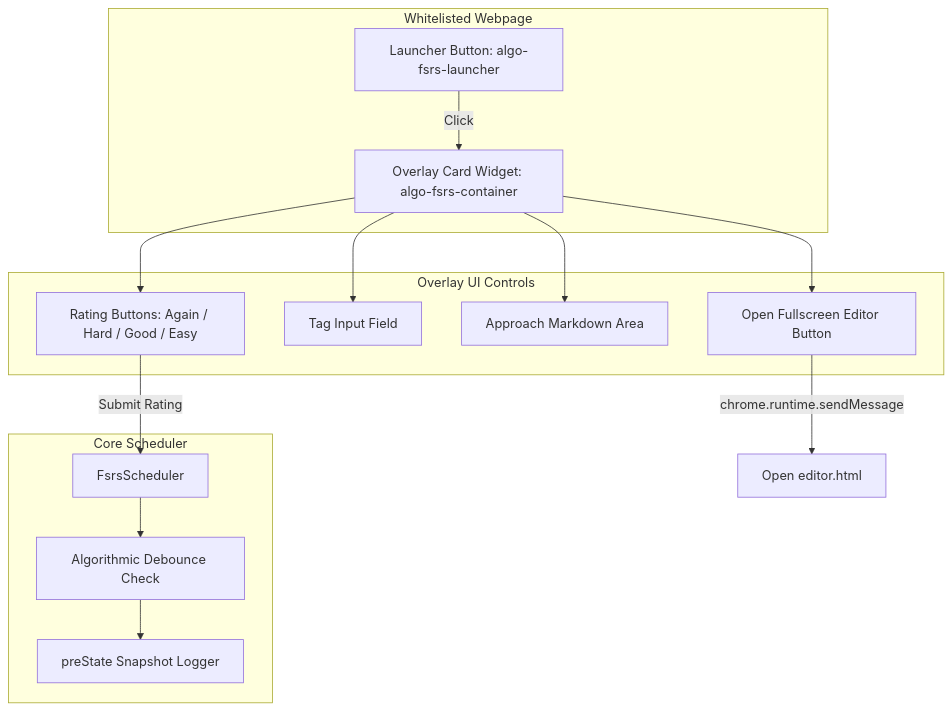
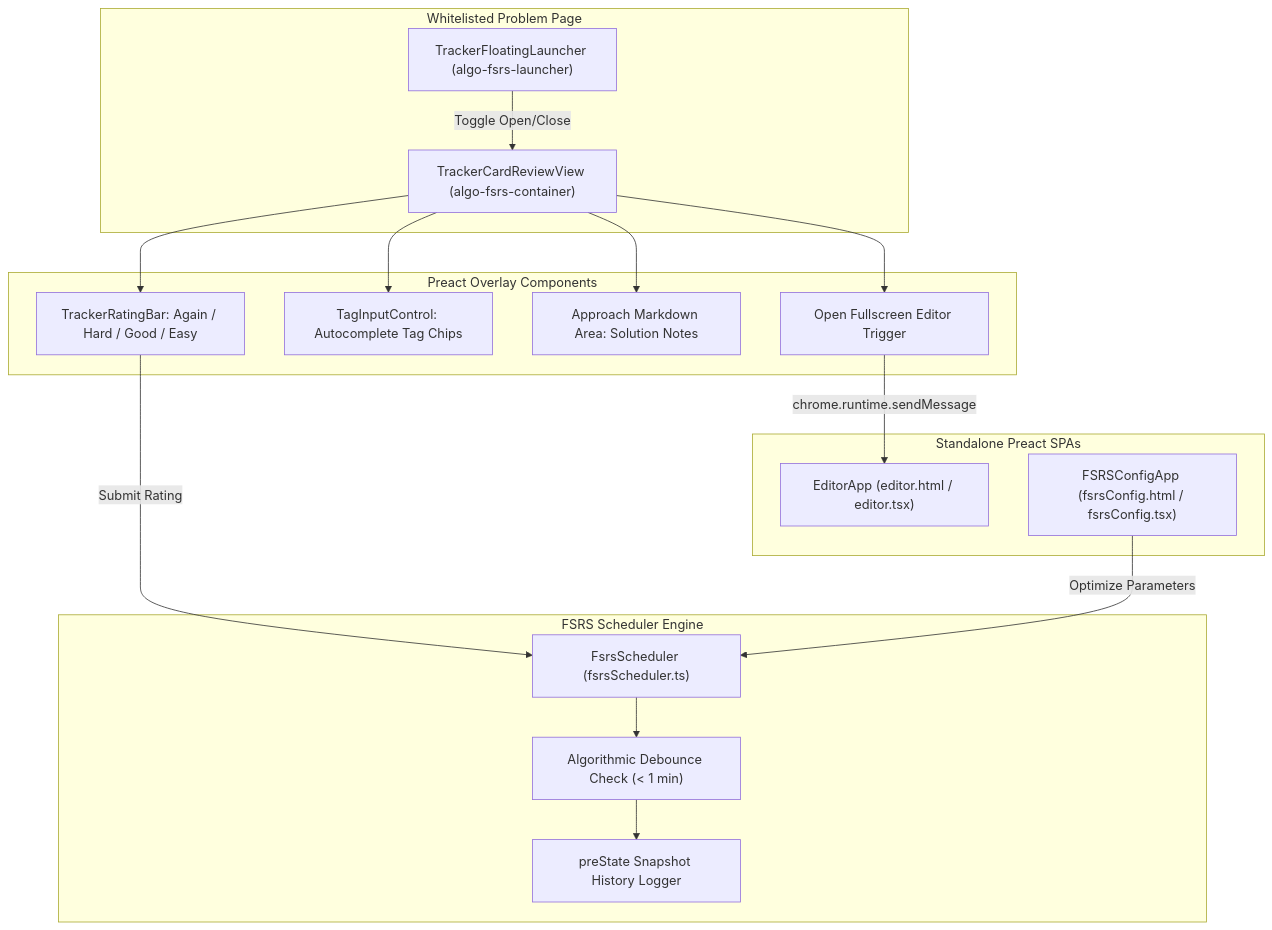
Before and after one commit to sdeanmol/algomonster-fsrs-extension: the first of 2 diagrams in docs/features/tracker.md, drawn with Mermaid. The commit also changed other lines of this file and 11 other files, not shown here.

````diff
--- a/docs/features/tracker.md
+++ b/docs/features/tracker.md
@@ -15,30 +20,36 @@
 ```mermaid
 graph TD
-    subgraph Whitelisted Webpage
-        L[Launcher Button: algo-fsrs-launcher]
-        O[Overlay Card Widget: algo-fsrs-container]
+    subgraph Whitelisted_Webpage ["Whitelisted Problem Page"]
+        L["TrackerFloatingLauncher (algo-fsrs-launcher)"]
+        O["TrackerCardReviewView (algo-fsrs-container)"]
     end
 
-    subgraph Overlay UI Controls
-        RB[Rating Buttons: Again / Hard / Good / Easy]
-        TAG[Tag Input Field]
-        APP[Approach Markdown Area]
-        FSE[Open Fullscreen Editor Button]
+    subgraph Overlay_UI_Controls ["Preact Overlay Components"]
+        RB["TrackerRatingBar: Again / Hard / Good / Easy"]
+        TAG["TagInputControl: Autocomplete Tag Chips"]
+        APP["Approach Markdown Area: Solution Notes"]
+        FSE["Open Fullscreen Editor Trigger"]
     end
 
-    subgraph Core Scheduler
-        FS[FsrsScheduler]
-        DEB[Algorithmic Debounce Check]
-        SNAP[preState Snapshot Logger]
+    subgraph Core_Scheduler ["FSRS Scheduler Engine"]
+        FS["FsrsScheduler (fsrsScheduler.ts)"]
+        DEB["Algorithmic Debounce Check (< 1 min)"]
+        SNAP["preState Snapshot History Logger"]
     end
 
-    L -->|Click| O
+    subgraph Standalone_Preact_Pages ["Standalone Preact SPAs"]
+        EDT["EditorApp (editor.html / editor.tsx)"]
+        CONF["FSRSConfigApp (fsrsConfig.html / fsrsConfig.tsx)"]
+    end
+
+    L -->|Toggle Open/Close| O
     O --> RB
     O --> TAG
     O --> APP
     O --> FSE
     RB -->|Submit Rating| FS
     FS --> DEB
     DEB --> SNAP
-    FSE -->|chrome.runtime.sendMessage| BGSW[Open editor.html]
+    FSE -->|chrome.runtime.sendMessage| EDT
+    CONF -->|Optimize Parameters| FS
 ```
````
